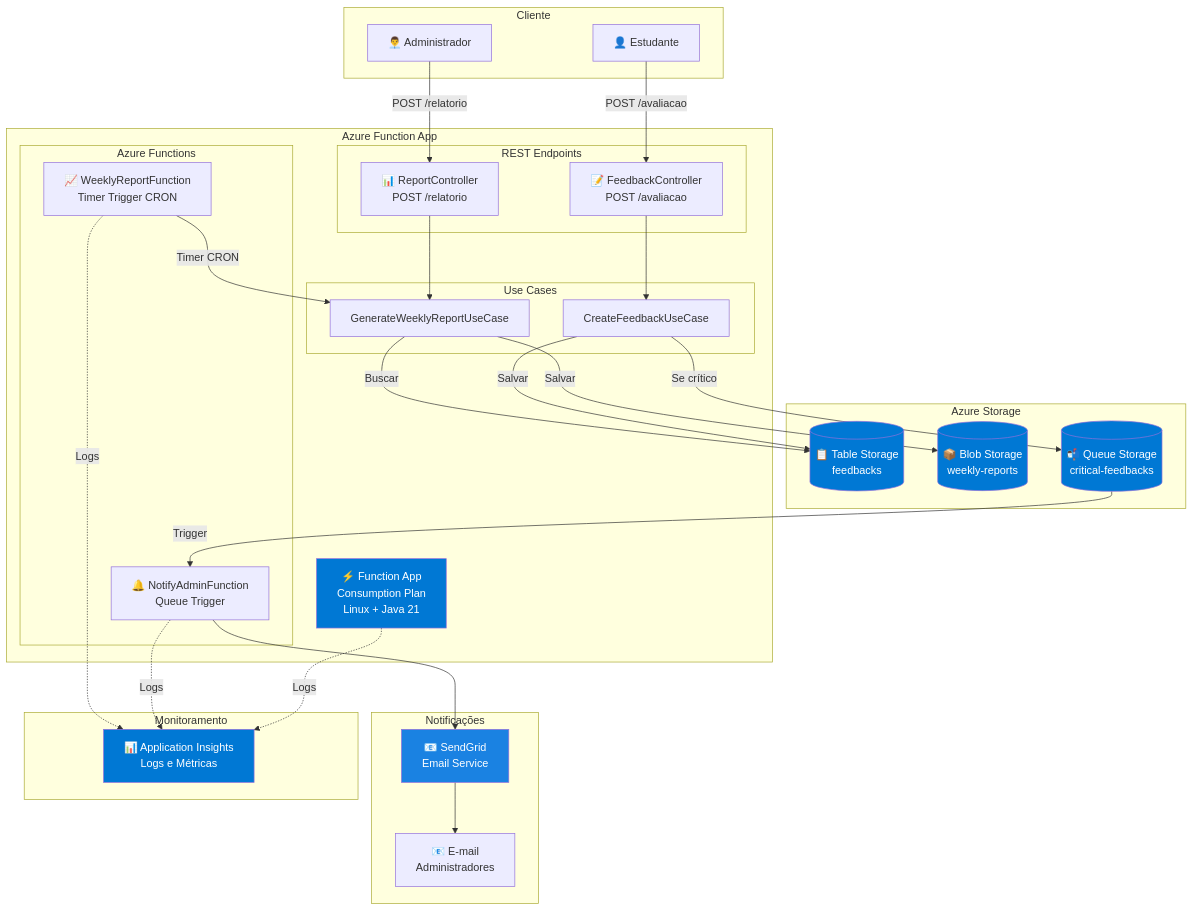
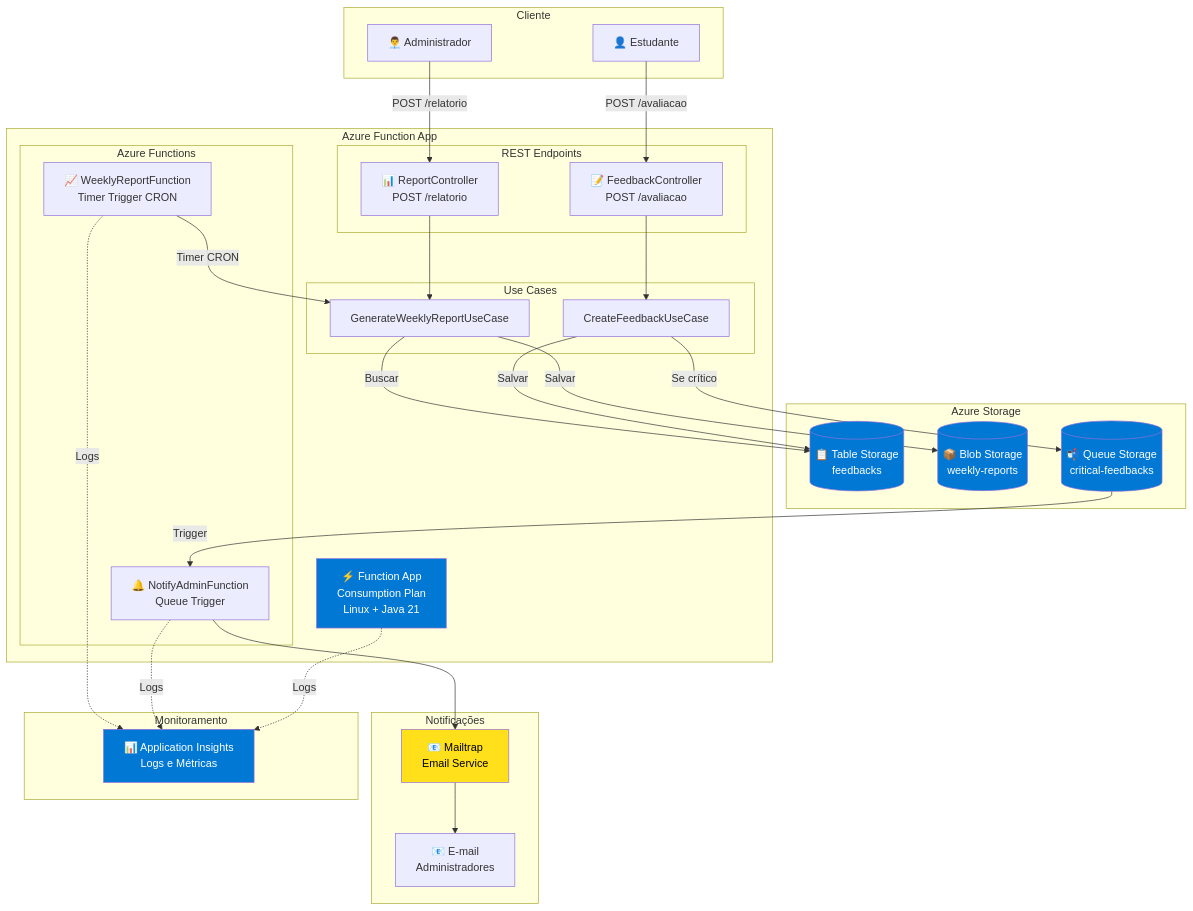
The first of 9 diagrams in README.md (luizffdemoraes/feedback-sync), drawn with Mermaid before and after one commit. The commit also changed other lines of this file and 3 other files, not shown here.

````diff
--- a/README.md
+++ b/README.md
@@ -290,67 +291,67 @@
 ```mermaid
 graph TB
     subgraph "Cliente"
         Estudante[👤 Estudante]
         Admin[👨‍💼 Administrador]
     end
 
     subgraph "Azure Function App"
         FuncApp[⚡ Function App<br/>Consumption Plan<br/>Linux + Java 21]
         
         subgraph "REST Endpoints"
             FeedbackCtrl[📝 FeedbackController<br/>POST /avaliacao]
             ReportCtrl[📊 ReportController<br/>POST /relatorio]
         end
         
         subgraph "Azure Functions"
             NotifyFunc[🔔 NotifyAdminFunction<br/>Queue Trigger]
             WeeklyFunc[📈 WeeklyReportFunction<br/>Timer Trigger CRON]
         end
         
         subgraph "Use Cases"
             CreateUC[CreateFeedbackUseCase]
             ReportUC[GenerateWeeklyReportUseCase]
         end
     end
 
     subgraph "Azure Storage"
         TableStorage[(📋 Table Storage<br/>feedbacks)]
         BlobStorage[(📦 Blob Storage<br/>weekly-reports)]
         QueueStorage[(📬 Queue Storage<br/>critical-feedbacks)]
     end
 
     subgraph "Notificações"
-        SendGrid[📧 SendGrid<br/>Email Service]
+        Mailtrap[📧 Mailtrap<br/>Email Service]
         Email[📧 E-mail<br/>Administradores]
     end
 
     subgraph "Monitoramento"
         AppInsights[📊 Application Insights<br/>Logs e Métricas]
     end
 
     Estudante -->|POST /avaliacao| FeedbackCtrl
     FeedbackCtrl --> CreateUC
     CreateUC -->|Salvar| TableStorage
     CreateUC -->|Se crítico| QueueStorage
     QueueStorage -->|Trigger| NotifyFunc
-    NotifyFunc --> SendGrid
-    SendGrid --> Email
+    NotifyFunc --> Mailtrap
+    Mailtrap --> Email
     
     WeeklyFunc -->|Timer CRON| ReportUC
     ReportUC -->|Buscar| TableStorage
     ReportUC -->|Salvar| BlobStorage
     
     Admin -->|POST /relatorio| ReportCtrl
     ReportCtrl --> ReportUC
     
     FuncApp -.->|Logs| AppInsights
     NotifyFunc -.->|Logs| AppInsights
     WeeklyFunc -.->|Logs| AppInsights
 
     style FuncApp fill:#0078D4,color:#fff
     style TableStorage fill:#0078D4,color:#fff
     style BlobStorage fill:#0078D4,color:#fff
     style QueueStorage fill:#0078D4,color:#fff
-    style SendGrid fill:#1A82E2,color:#fff
+    style Mailtrap fill:#FFE01B,color:#000
     style AppInsights fill:#0078D4,color:#fff
 ```
````
